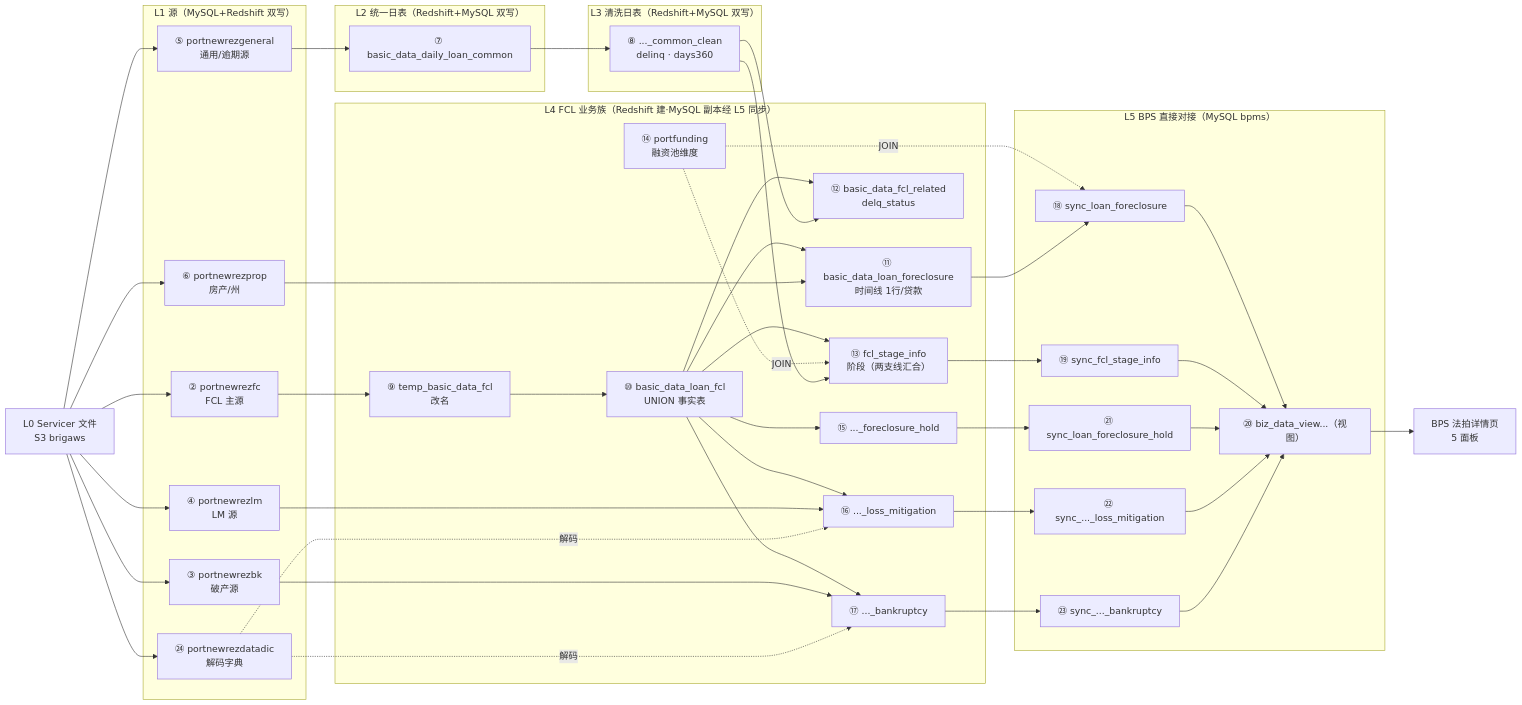
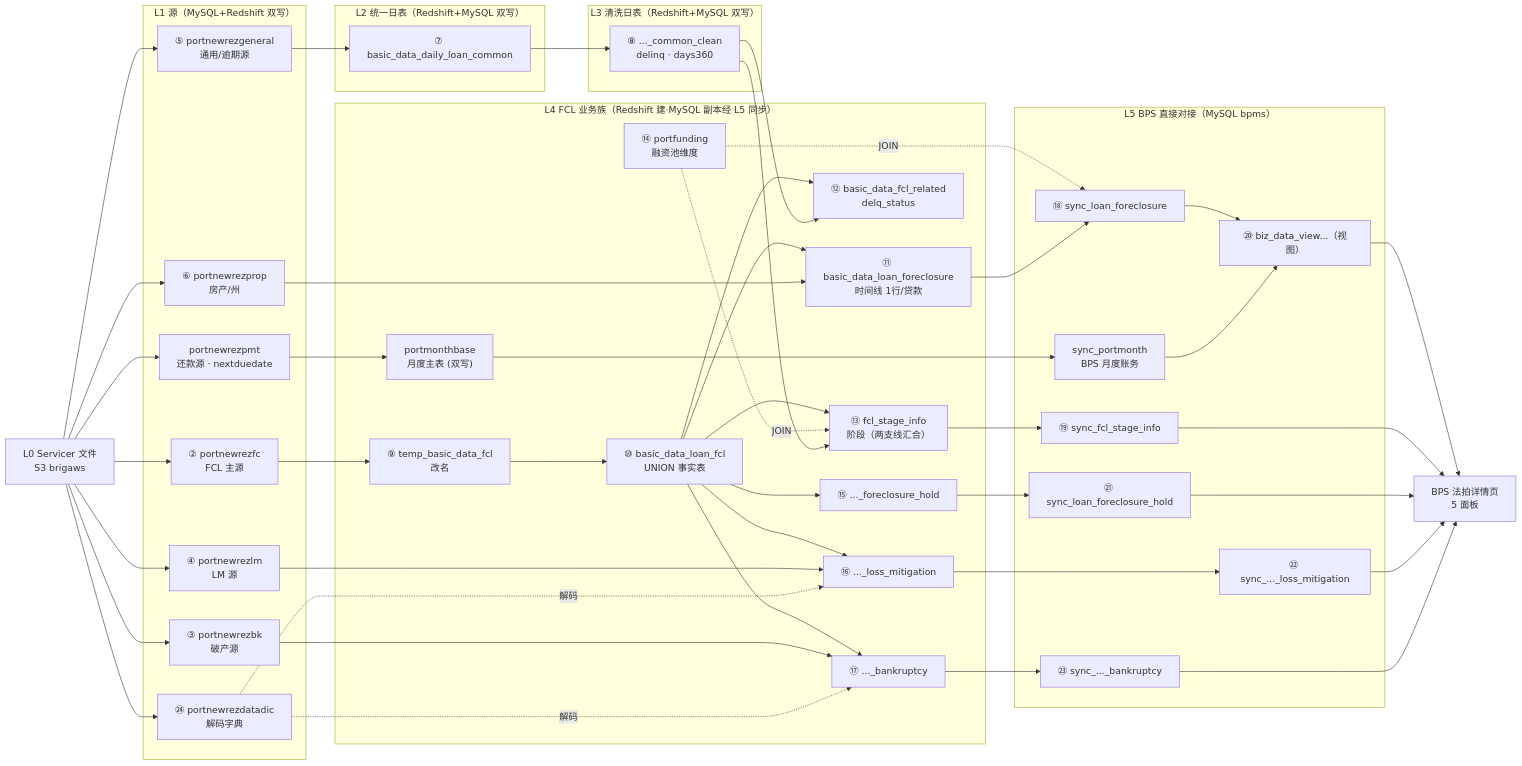
Before and after one commit to wen001-git/ForeclosureRule2: the diagram in docs/zh/19_fcl_sample_loan_raw_dump.md, drawn with Mermaid. The commit also changed other lines of this file and 53 other files, not shown here.

````diff
--- a/docs/zh/19_fcl_sample_loan_raw_dump.md
+++ b/docs/zh/19_fcl_sample_loan_raw_dump.md
@@ -36,54 +38,59 @@
 ```mermaid
 flowchart LR
   S0["L0 Servicer 文件<br/>S3 brigaws"]
   subgraph G1["L1 源（MySQL+Redshift 双写）"]
     fc["② portnewrezfc<br/>FCL 主源"]
     bk["③ portnewrezbk<br/>破产源"]
     lm["④ portnewrezlm<br/>LM 源"]
     gen["⑤ portnewrezgeneral<br/>通用/逾期源"]
     prop["⑥ portnewrezprop<br/>房产/州"]
+    pmt["portnewrezpmt<br/>还款源 · nextduedate"]
     dic["㉔ portnewrezdatadic<br/>解码字典"]
   end
   subgraph G2["L2 统一日表（Redshift+MySQL 双写）"]
     dlc["⑦ basic_data_daily_loan_common"]
   end
   subgraph G3["L3 清洗日表（Redshift+MySQL 双写）"]
     dlcc["⑧ ..._common_clean<br/>delinq · days360"]
   end
   subgraph G4["L4 FCL 业务族（Redshift 建·MySQL 副本经 L5 同步）"]
     temp["⑨ temp_basic_data_fcl<br/>改名"]
     fcl["⑩ basic_data_loan_fcl<br/>UNION 事实表"]
     fclo["⑪ basic_data_loan_foreclosure<br/>时间线 1行/贷款"]
     rel["⑫ basic_data_fcl_related<br/>delq_status"]
     stg["⑬ fcl_stage_info<br/>阶段（两支线汇合）"]
     fund["⑭ portfunding<br/>融资池维度"]
     hold["⑮ ..._foreclosure_hold"]
     lm4["⑯ ..._loss_mitigation"]
     bk4["⑰ ..._bankruptcy"]
+    pmbase["portmonthbase<br/>月度主表 (双写)"]
   end
   subgraph G5["L5 BPS 直接对接（MySQL bpms）"]
     s1["⑱ sync_loan_foreclosure"]
     s2["⑲ sync_fcl_stage_info"]
     s3["㉑ sync_loan_foreclosure_hold"]
     s4["㉒ sync_..._loss_mitigation"]
     s5["㉓ sync_..._bankruptcy"]
+    pm["sync_portmonth<br/>BPS 月度账务"]
     v["⑳ biz_data_view...（视图）"]
   end
   BPS["BPS 法拍详情页<br/>5 面板"]
-  S0 --> fc & bk & lm & gen & prop & dic
+  S0 --> fc & bk & lm & gen & prop & pmt & dic
   fc --> temp --> fcl
   fcl --> fclo & rel & stg & hold & lm4 & bk4
   bk --> bk4
   lm --> lm4
   prop --> fclo
+  pmt --> pmbase --> pm
   dic -. 解码 .-> lm4 & bk4
   fund -. JOIN .-> stg & s1
   gen --> dlc --> dlcc
   dlcc --> rel & stg
   fclo --> s1
   stg --> s2
   hold --> s3
   lm4 --> s4
   bk4 --> s5
-  s1 & s2 & s3 & s4 & s5 --> v --> BPS
+  s1 & pm --> v --> BPS
+  s2 & s3 & s4 & s5 --> BPS
 ```
````
